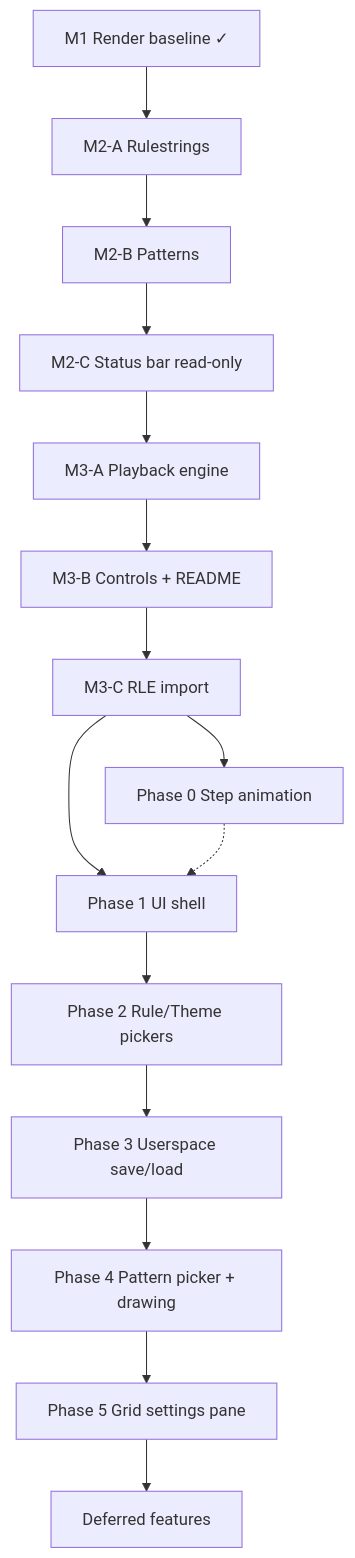
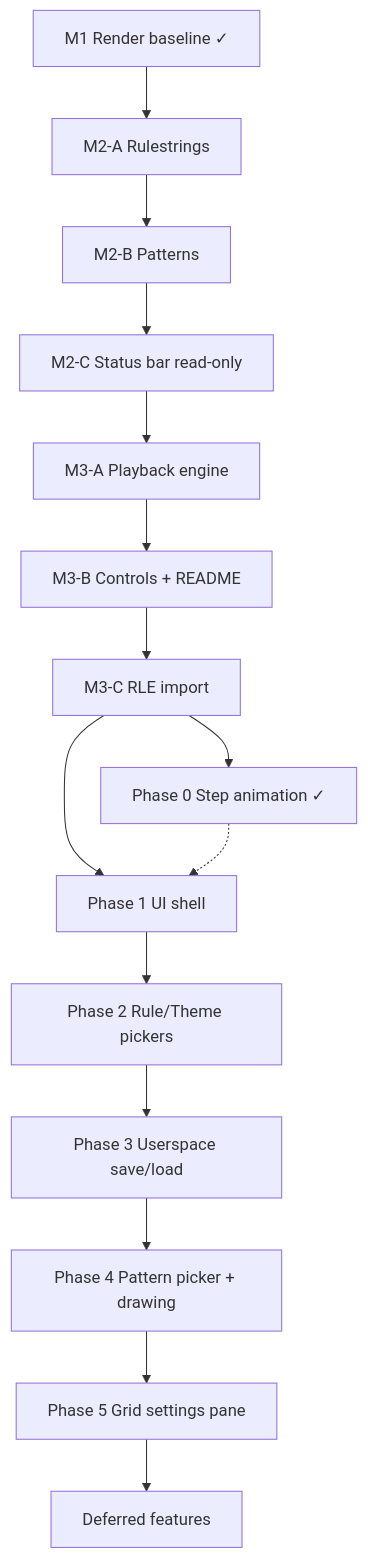
One commit to ridespirals/love-life changed the first of 3 diagrams in PLAN.md. Above: the diagram before and after it, drawn with Mermaid. The commit also changed other lines of this file and 3 other files, not shown here.

````diff
--- a/PLAN.md
+++ b/PLAN.md
@@ -28,23 +27,23 @@
 ```mermaid
 flowchart TD
   M1[M1 Render baseline ✓]
   M2A[M2-A Rulestrings]
   M2B[M2-B Patterns]
   M2C[M2-C Status bar read-only]
   M3A[M3-A Playback engine]
   M3B[M3-B Controls + README]
   M3C[M3-C RLE import]
-  P0[Phase 0 Step animation]
+  P0[Phase 0 Step animation ✓]
   P1[Phase 1 UI shell]
   P2[Phase 2 Rule/Theme pickers]
   P3[Phase 3 Userspace save/load]
   P4[Phase 4 Pattern picker + drawing]
   P5[Phase 5 Grid settings pane]
   DEF[Deferred features]
 
   M1 --> M2A --> M2B --> M2C --> M3A --> M3B --> M3C
   M3C --> P0
   M3C --> P1
   P0 -.-> P1
   P1 --> P2 --> P3 --> P4 --> P5 --> DEF
 ```
````
